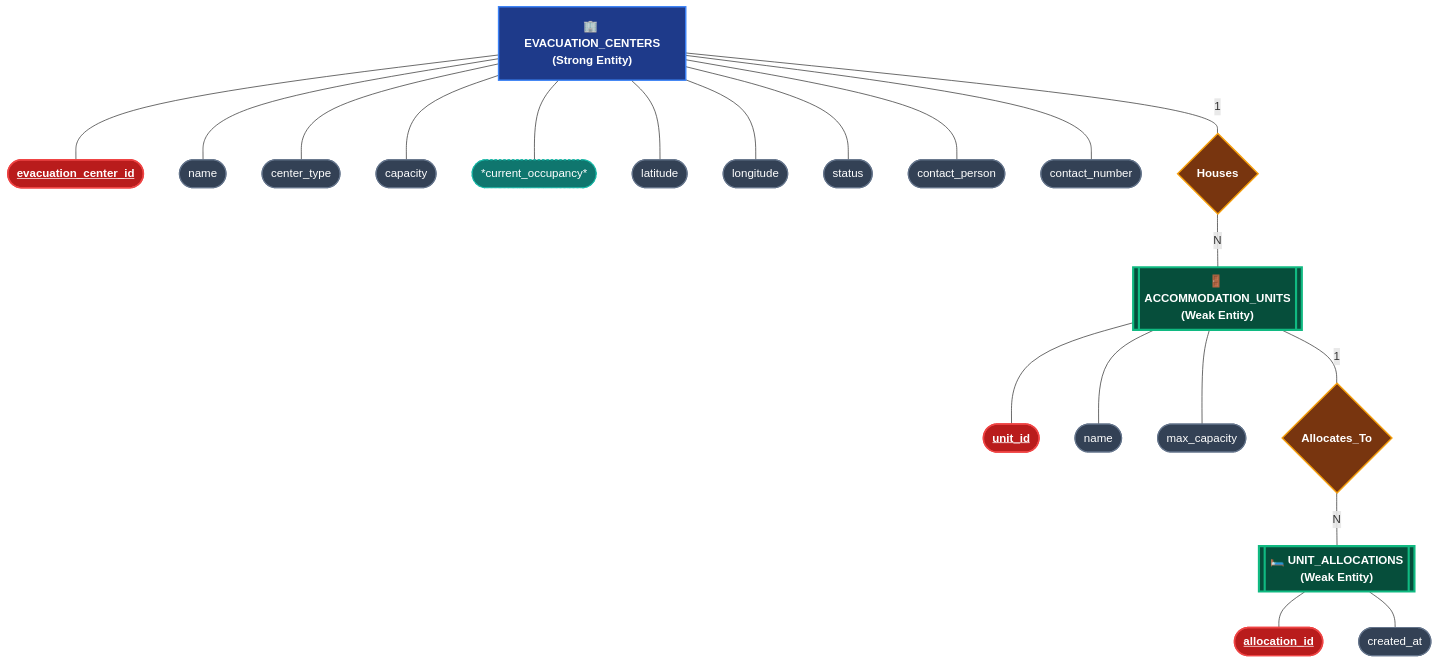
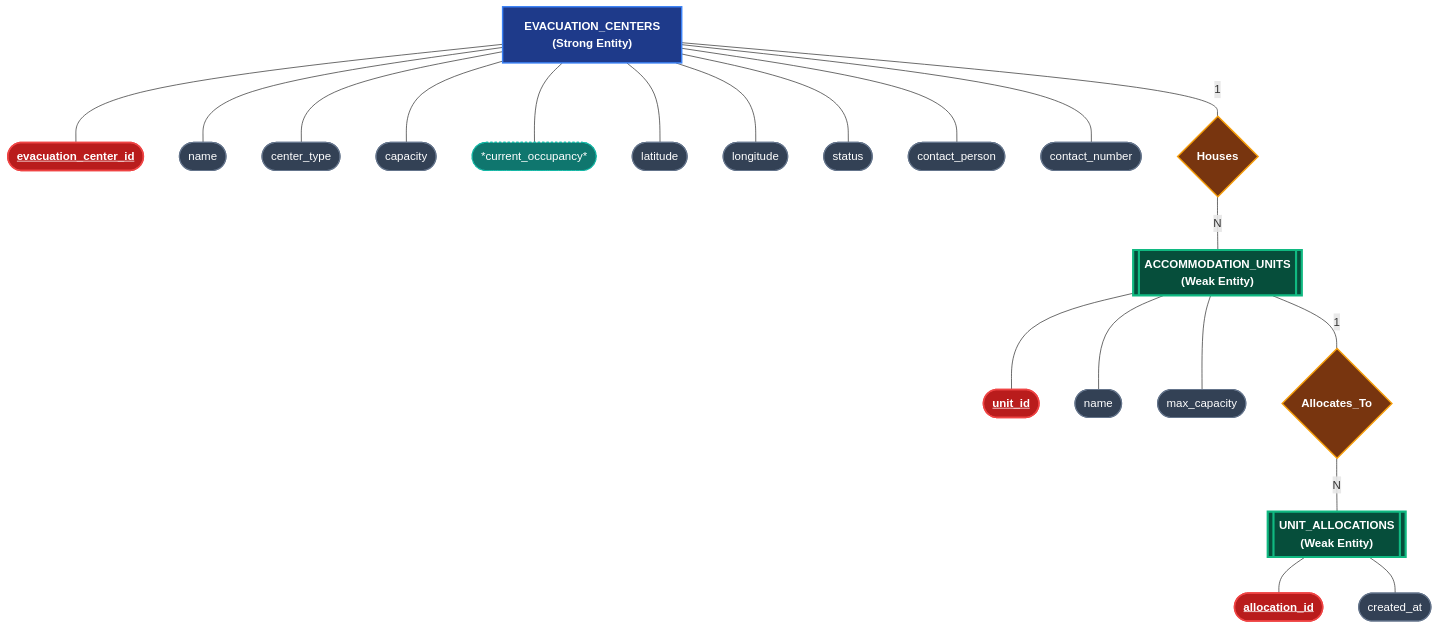
Before and after one commit to klint-droid/EvaTrack: the second of 5 diagrams in docs/erd.md, drawn with Mermaid. The commit also changed other lines of this file, not shown here.

Commit message:
docs(erd): remove icons and format clean Chen notation

````diff
--- a/docs/erd.md
+++ b/docs/erd.md
@@ -170,64 +170,64 @@
 ```mermaid
 flowchart TD
 
     %% ── Entities ──
-    EC["🏢 EVACUATION_CENTERS\n(Strong Entity)"]:::strongEntity
-    UNIT[["🚪 ACCOMMODATION_UNITS\n(Weak Entity)"]]:::weakEntity
-    ALLOC[["🛏️ UNIT_ALLOCATIONS\n(Weak Entity)"]]:::weakEntity
+    EC["EVACUATION_CENTERS\n(Strong Entity)"]:::strongEntity
+    UNIT[["ACCOMMODATION_UNITS\n(Weak Entity)"]]:::weakEntity
+    ALLOC[["UNIT_ALLOCATIONS\n(Weak Entity)"]]:::weakEntity
 
     %% ── Center Attributes (Ovals) ──
     A_EC_ID(["<u>evacuation_center_id</u>"]):::pkOval
     A_EC_NAME(["name"]):::attrOval
     A_EC_TYPE(["center_type"]):::attrOval
     A_EC_CAP(["capacity"]):::attrOval
     A_EC_OCC(["*current_occupancy*"]):::derivedOval
     A_EC_LAT(["latitude"]):::attrOval
     A_EC_LNG(["longitude"]):::attrOval
     A_EC_STAT(["status"]):::attrOval
     A_EC_CONT(["contact_person"]):::attrOval
     A_EC_NUM(["contact_number"]):::attrOval
 
     EC --- A_EC_ID
     EC --- A_EC_NAME
     EC --- A_EC_TYPE
     EC --- A_EC_CAP
     EC --- A_EC_OCC
     EC --- A_EC_LAT
     EC --- A_EC_LNG
     EC --- A_EC_STAT
     EC --- A_EC_CONT
     EC --- A_EC_NUM
 
     %% ── Unit Attributes (Ovals) ──
     A_U_ID(["<u>unit_id</u>"]):::pkOval
     A_U_NAME(["name"]):::attrOval
     A_U_CAP(["max_capacity"]):::attrOval
 
     UNIT --- A_U_ID
     UNIT --- A_U_NAME
     UNIT --- A_U_CAP
 
     %% ── Allocation Attributes (Ovals) ──
     A_AL_ID(["<u>allocation_id</u>"]):::pkOval
     A_AL_TIME(["created_at"]):::attrOval
 
     ALLOC --- A_AL_ID
     ALLOC --- A_AL_TIME
 
     %% ── Relationships ──
     R_HOUSES{"Houses"}:::relDiamond
     R_ALLOC{"Allocates_To"}:::relDiamond
 
     EC ---|1| R_HOUSES
     R_HOUSES ---|N| UNIT
 
     UNIT ---|1| R_ALLOC
     R_ALLOC ---|N| ALLOC
 
     classDef strongEntity fill:#1e3a8a,stroke:#3b82f6,stroke-width:2px,color:#fff,font-weight:bold
     classDef weakEntity   fill:#064e3b,stroke:#10b981,stroke-width:3px,color:#fff,font-weight:bold
     classDef relDiamond   fill:#78350f,stroke:#f59e0b,stroke-width:2px,color:#fff,font-weight:bold
     classDef pkOval       fill:#b91c1c,stroke:#ef4444,stroke-width:2px,color:#fff,font-weight:bold
     classDef attrOval     fill:#334155,stroke:#64748b,stroke-width:1.5px,color:#fff
     classDef derivedOval  fill:#0f766e,stroke:#14b8a6,stroke-width:1.5px,stroke-dasharray: 3 3,color:#fff
 ```
````
